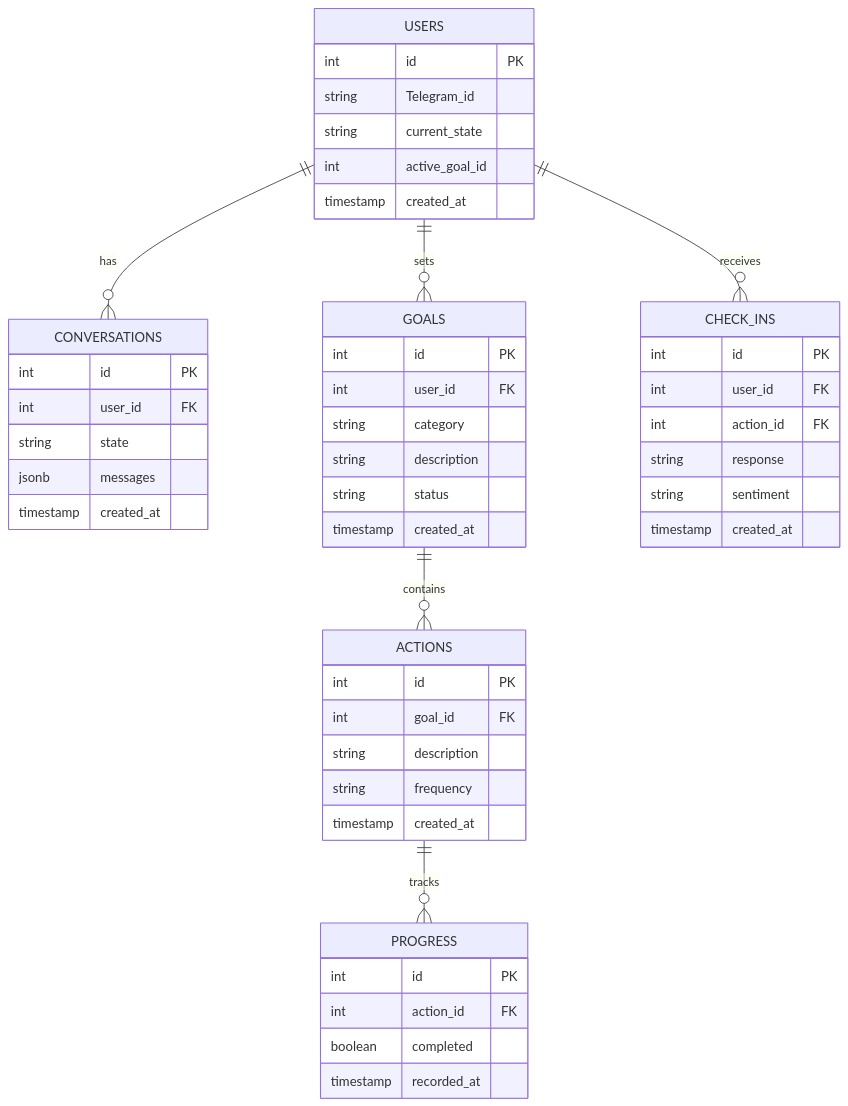
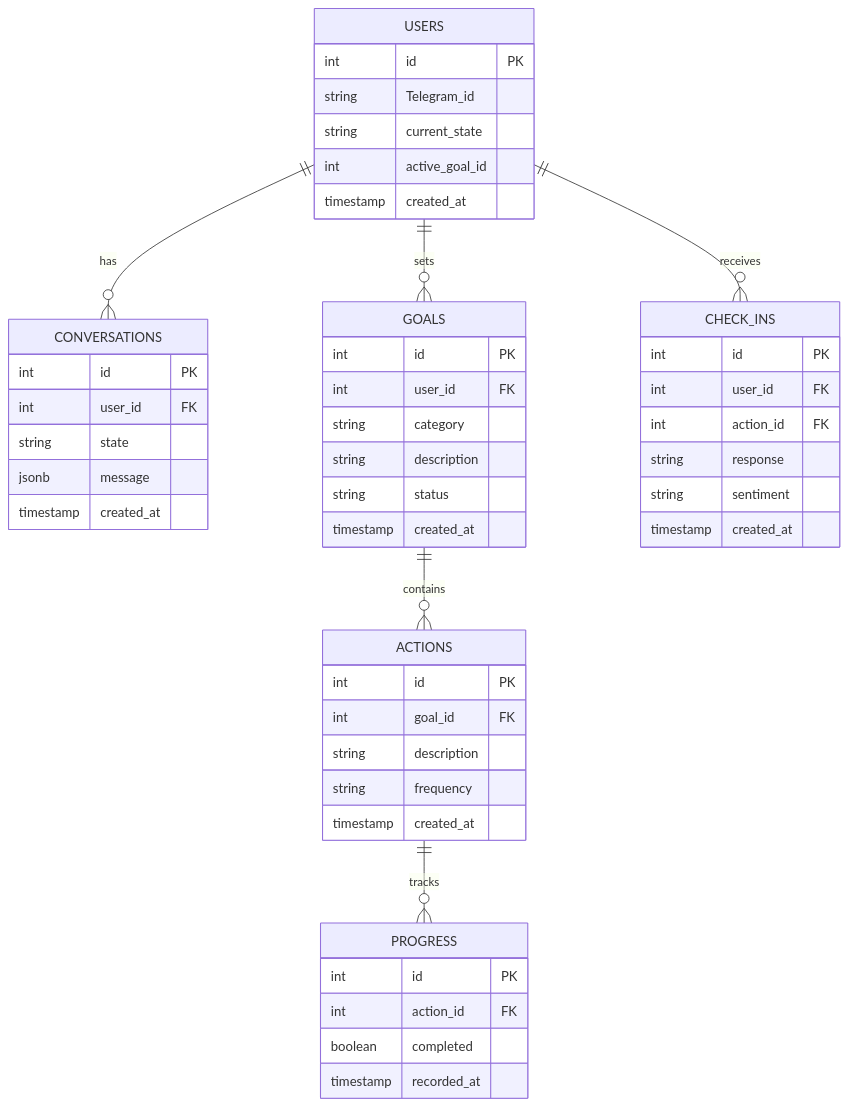
The first of 3 diagrams in README.md (TheodoreChuang/habita), drawn with Mermaid before and after one commit. The commit also changed other lines of this file and 4 other files, not shown here.

Commit message:
fix: DB schema Conversation.message

````diff
--- a/README.md
+++ b/README.md
@@ -181,57 +181,57 @@
 ```mermaid
 erDiagram
     USERS ||--o{ CONVERSATIONS : has
     USERS ||--o{ GOALS : sets
     GOALS ||--o{ ACTIONS : contains
     ACTIONS ||--o{ PROGRESS : tracks
     USERS ||--o{ CHECK_INS : receives
 
     USERS {
         int id PK
         string Telegram_id
         string current_state
         int active_goal_id
         timestamp created_at
     }
 
     CONVERSATIONS {
         int id PK
         int user_id FK
         string state
-        jsonb messages
+        jsonb message
         timestamp created_at
     }
 
     GOALS {
         int id PK
         int user_id FK
         string category
         string description
         string status
         timestamp created_at
     }
 
     ACTIONS {
         int id PK
         int goal_id FK
         string description
         string frequency
         timestamp created_at
     }
 
     PROGRESS {
         int id PK
         int action_id FK
         boolean completed
         timestamp recorded_at
     }
 
     CHECK_INS {
         int id PK
         int user_id FK
         int action_id FK
         string response
         string sentiment
         timestamp created_at
     }
 ```
````
